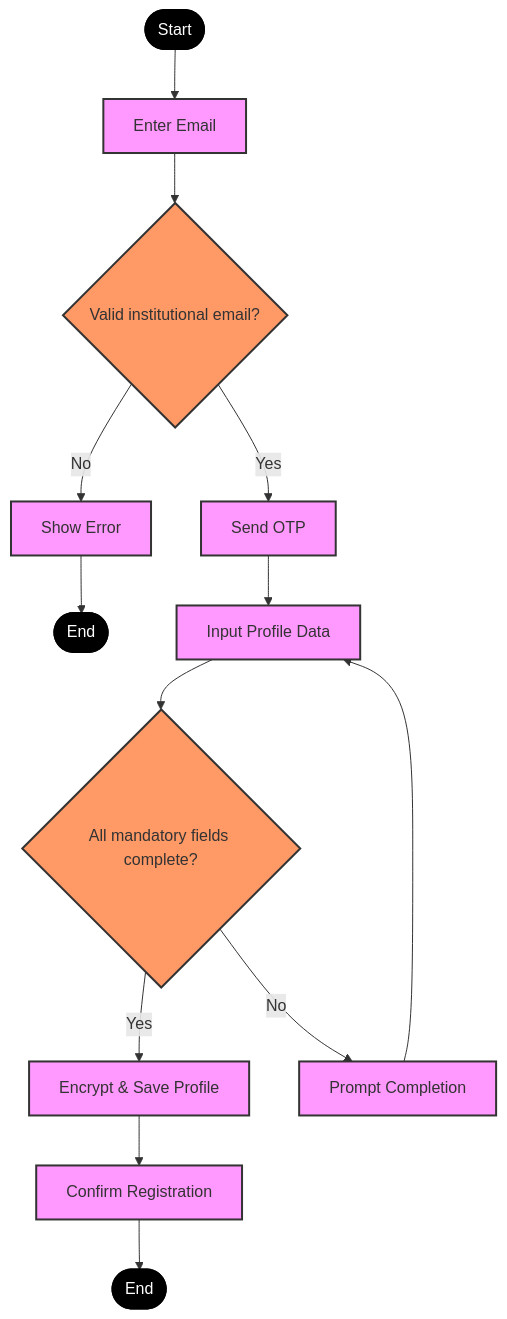
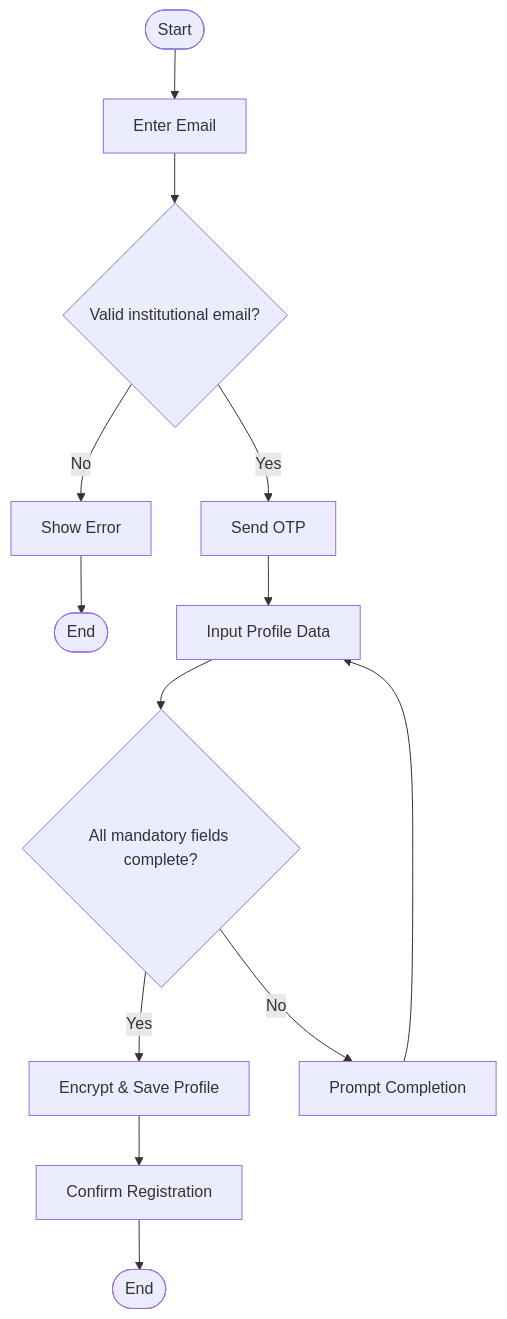
Before and after one commit to ZiyandaPetela/Student_Mental_Wellness_Academic_Support_System: the first of 10 diagrams in state_and_workflow_modeling/activity_diagrams.md, drawn with Mermaid.

````diff
--- a/state_and_workflow_modeling/activity_diagrams.md
+++ b/state_and_workflow_modeling/activity_diagrams.md
@@ -1,23 +1,13 @@
 ```mermaid
-
-  flowchart TD
-    %% Activity Diagram Style
+flowchart TD
+    %% Clean activity diagram for GitHub
     start([Start]) --> A[Enter Email]
     A --> B{Valid institutional email?}
     B -->|Yes| C[Send OTP]
     B -->|No| E[Show Error] --> stop1([End])
     
     C --> D[Input Profile Data]
     D --> F{All mandatory fields complete?}
     F -->|Yes| G[Encrypt & Save Profile] --> H[Confirm Registration] --> stop2([End])
     F -->|No| I[Prompt Completion] --> D
-    
-    %% Styling for activity diagram
-    classDef activity fill:#f9f,stroke:#333,stroke-width:2px;
-    classDef decision fill:#f96,stroke:#333,stroke-width:2px;
-    classDef startend fill:#000,stroke:#000,stroke-width:2px,color:#fff;
-    
-    class A,C,D,E,G,H,I activity;
-    class B,F decision;
-    class start,stop1,stop2 startend;
 ```
````
